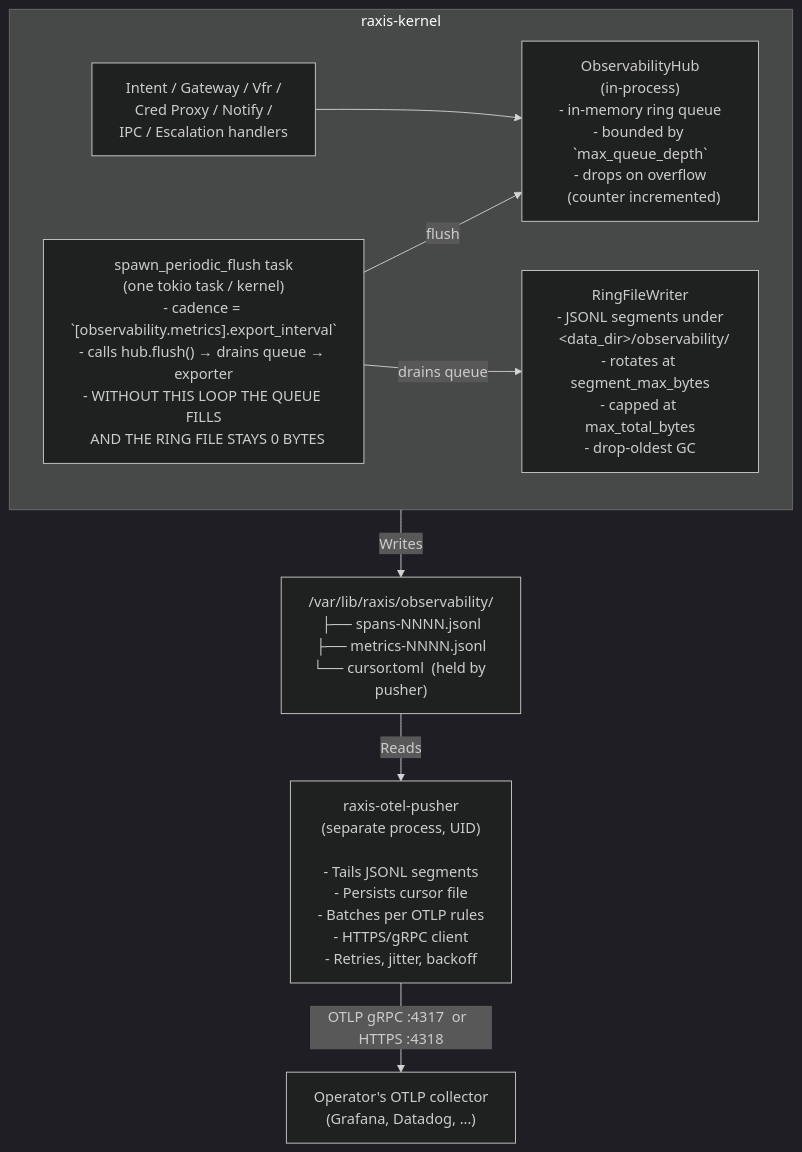
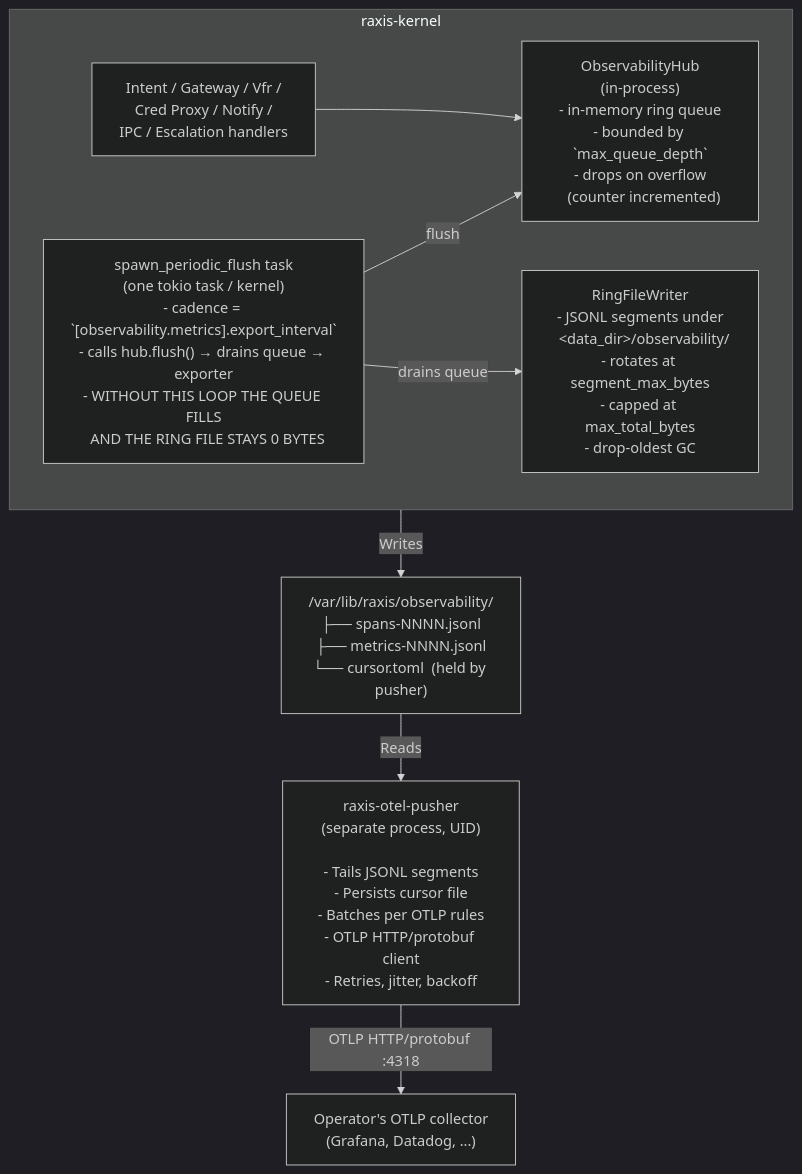
One commit to chika5105/raxis changed the diagram in raxis/specs/v3/otel-observability.md. Above: the diagram before and after it, drawn with Mermaid (dark theme). The commit also changed other lines of this file and 13 other files, not shown here.

````diff
--- a/raxis/specs/v3/otel-observability.md
+++ b/raxis/specs/v3/otel-observability.md
@@ -86,26 +86,26 @@
 ```mermaid
 flowchart TD
     subgraph Kernel ["raxis-kernel"]
         Handlers["Intent / Gateway / Vfr /<br/>Cred Proxy / Notify /<br/>IPC / Escalation handlers"]
         
         Hub["ObservabilityHub<br/>(in-process)<br/>- in-memory ring queue<br/>- bounded by `max_queue_depth`<br/>- drops on overflow<br/>  (counter incremented)"]
         
         FlushTask["spawn_periodic_flush task<br/>(one tokio task / kernel)<br/>- cadence = `[observability.metrics].export_interval`<br/>- calls hub.flush() → drains queue → exporter<br/>- WITHOUT THIS LOOP THE QUEUE FILLS<br/>  AND THE RING FILE STAYS 0 BYTES"]
         
         Writer["RingFileWriter<br/>- JSONL segments under<br/>  &lt;data_dir&gt;/observability/<br/>- rotates at segment_max_bytes<br/>- capped at max_total_bytes<br/>- drop-oldest GC"]
         
         Handlers --> Hub
         FlushTask -->|flush| Hub
         FlushTask -->|drains queue| Writer
     end
 
     Dir["/var/lib/raxis/observability/<br/>├── spans-NNNN.jsonl<br/>├── metrics-NNNN.jsonl<br/>└── cursor.toml  (held by pusher)"]
     
-    Pusher["raxis-otel-pusher<br/>(separate process, UID)<br/><br/>- Tails JSONL segments<br/>- Persists cursor file<br/>- Batches per OTLP rules<br/>- HTTPS/gRPC client<br/>- Retries, jitter, backoff"]
+    Pusher["raxis-otel-pusher<br/>(separate process, UID)<br/><br/>- Tails JSONL segments<br/>- Persists cursor file<br/>- Batches per OTLP rules<br/>- OTLP HTTP/protobuf client<br/>- Retries, jitter, backoff"]
     
     Collector["Operator's OTLP collector<br/>(Grafana, Datadog, ...)"]
 
     Kernel -->|Writes| Dir
     Dir -->|Reads| Pusher
-    Pusher -- "OTLP gRPC :4317  or  HTTPS :4318" --> Collector
+    Pusher -- "OTLP HTTP/protobuf :4318" --> Collector
 ```
````
